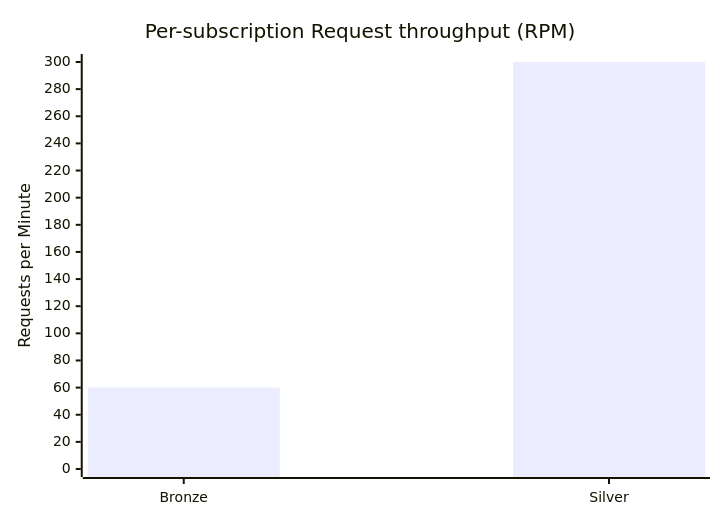
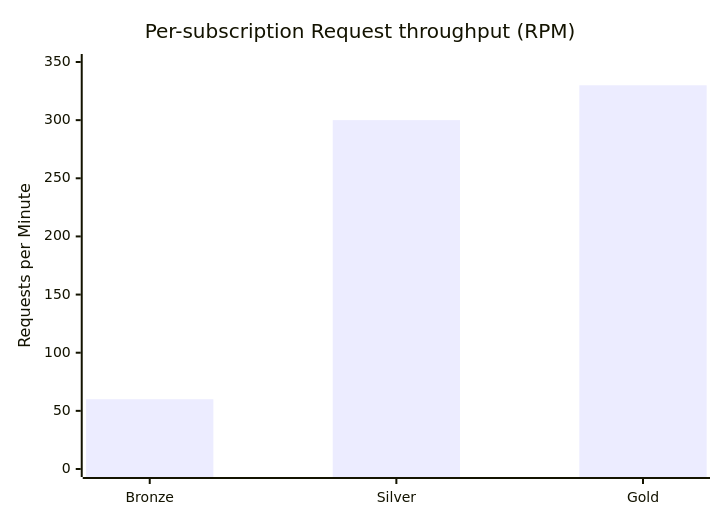
The third of 4 diagrams in README.md (briandenicola/ai-azure-ai-as-a-service), drawn with Mermaid before and after one commit. The commit also changed other lines of this file and 36 other files, not shown here.

````diff
--- a/README.md
+++ b/README.md
@@ -166,7 +166,7 @@
 ```mermaid
 xychart-beta
     title "Per-subscription Request throughput (RPM)"
-    x-axis ["Bronze", "Silver"]
-    y-axis "Requests per Minute" 0 --> 300
-    bar [60, 300]
+    x-axis ["Bronze", "Silver", "Gold"]
+    y-axis "Requests per Minute" 0 --> 350
+    bar [60, 300, 330]
 ```
````
